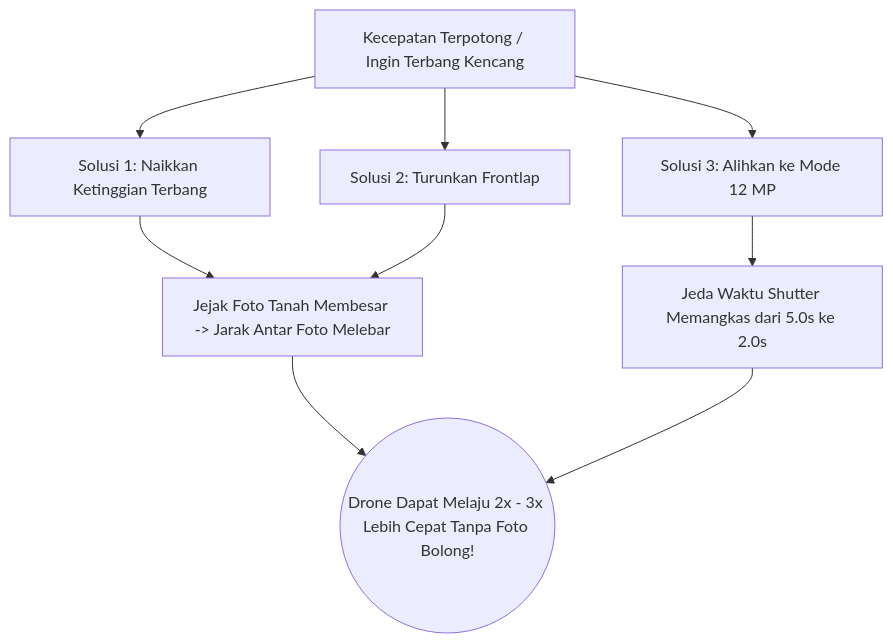
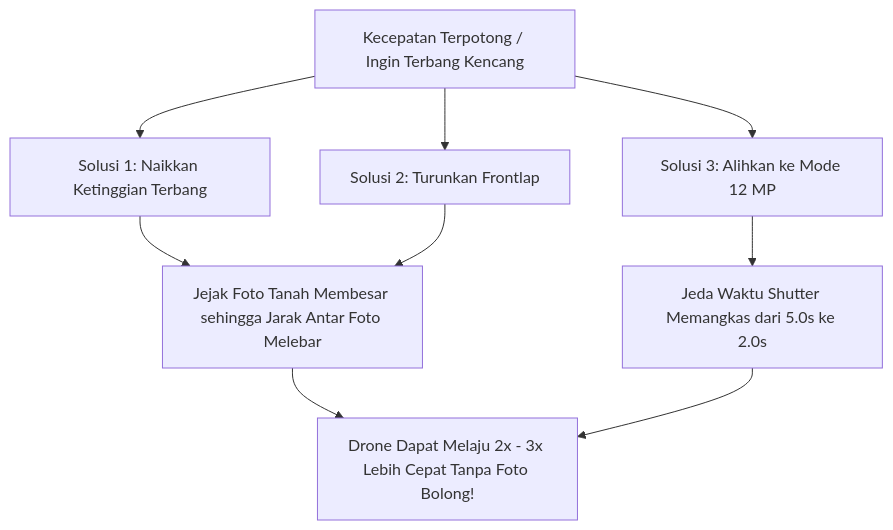
Before and after one commit to TW-Enterprise/TW-Mapper-Mobile-Docs: the diagram in src/content/docs/standar-fotogrametri/speed-clamping.md, drawn with Mermaid. The commit also changed 12 other files, not shown here.

Commit message:
fix(docs): quote all mermaid node labels and subgraph titles to prevent syntax errors

````diff
--- a/src/content/docs/standar-fotogrametri/speed-clamping.md
+++ b/src/content/docs/standar-fotogrametri/speed-clamping.md
@@ -37,11 +37,11 @@
 ```mermaid
 flowchart TD
-    A[Kecepatan Terpotong / Ingin Terbang Kencang] --> B[Solusi 1: Naikkan Ketinggian Terbang]
-    A --> C[Solusi 2: Turunkan Frontlap]
-    A --> D[Solusi 3: Alihkan ke Mode 12 MP]
-    B --> E[Jejak Foto Tanah Membesar -> Jarak Antar Foto Melebar]
+    A["Kecepatan Terpotong / Ingin Terbang Kencang"] --> B["Solusi 1: Naikkan Ketinggian Terbang"]
+    A --> C["Solusi 2: Turunkan Frontlap"]
+    A --> D["Solusi 3: Alihkan ke Mode 12 MP"]
+    B --> E["Jejak Foto Tanah Membesar sehingga Jarak Antar Foto Melebar"]
     C --> E
-    D --> F[Jeda Waktu Shutter Memangkas dari 5.0s ke 2.0s]
-    E --> G((Drone Dapat Melaju 2x - 3x Lebih Cepat Tanpa Foto Bolong!))
+    D --> F["Jeda Waktu Shutter Memangkas dari 5.0s ke 2.0s"]
+    E --> G["Drone Dapat Melaju 2x - 3x Lebih Cepat Tanpa Foto Bolong!"]
     F --> G
 ```
````
